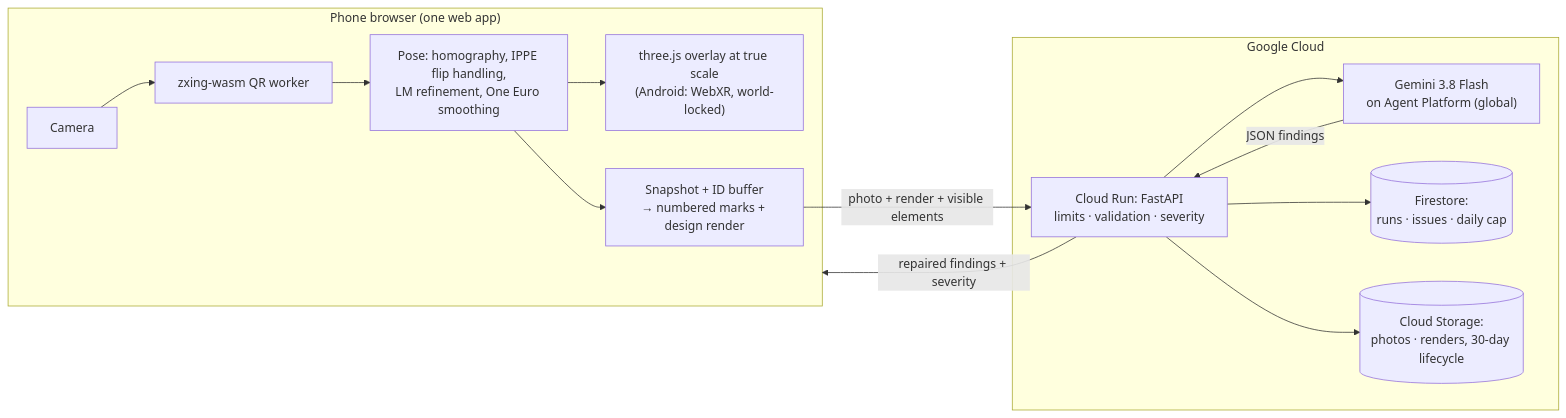
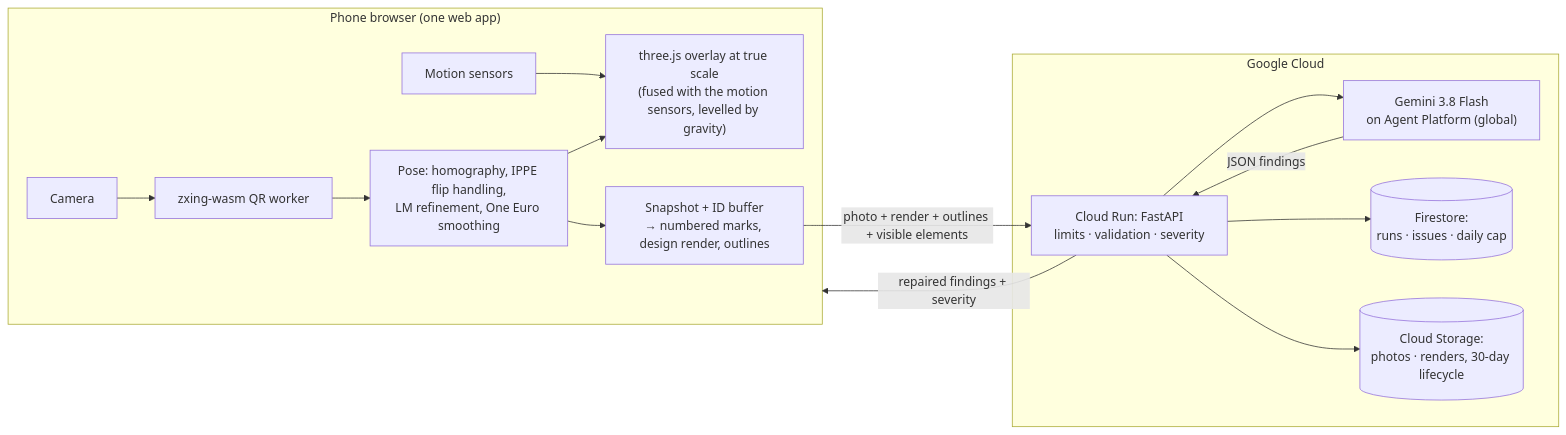
One commit to wl-geek/truesite changed the diagram in README.md. Above: the diagram before and after it, drawn with Mermaid. The commit also changed other lines of this file and 8 other files, not shown here.

````diff
--- a/README.md
+++ b/README.md
@@ -27,17 +27,18 @@
 ```mermaid
 flowchart LR
   subgraph Phone["Phone browser (one web app)"]
     CAM[Camera] --> QR[zxing-wasm QR worker]
     QR --> POSE["Pose: homography, IPPE flip handling,<br/>LM refinement, One Euro smoothing"]
-    POSE --> AR["three.js overlay at true scale<br/>(Android: WebXR, world-locked)"]
-    POSE --> SNAP["Snapshot + ID buffer<br/>→ numbered marks + design render"]
+    SENS[Motion sensors] --> AR
+    POSE --> AR["three.js overlay at true scale<br/>(fused with the motion sensors, levelled by gravity)"]
+    POSE --> SNAP["Snapshot + ID buffer<br/>→ numbered marks, design render, outlines"]
   end
-  SNAP -->|photo + render + visible elements| RUN
+  SNAP -->|photo + render + outlines + visible elements| RUN
   subgraph GCP["Google Cloud"]
     RUN["Cloud Run: FastAPI<br/>limits · validation · severity"] --> GEM["Gemini 3.8 Flash<br/>on Agent Platform (global)"]
     RUN --> FS[(Firestore:<br/>runs · issues · daily cap)]
     RUN --> GCS[(Cloud Storage:<br/>photos · renders, 30-day lifecycle)]
   end
   GEM -->|JSON findings| RUN
   RUN -->|repaired findings + severity| Phone
 ```
````
